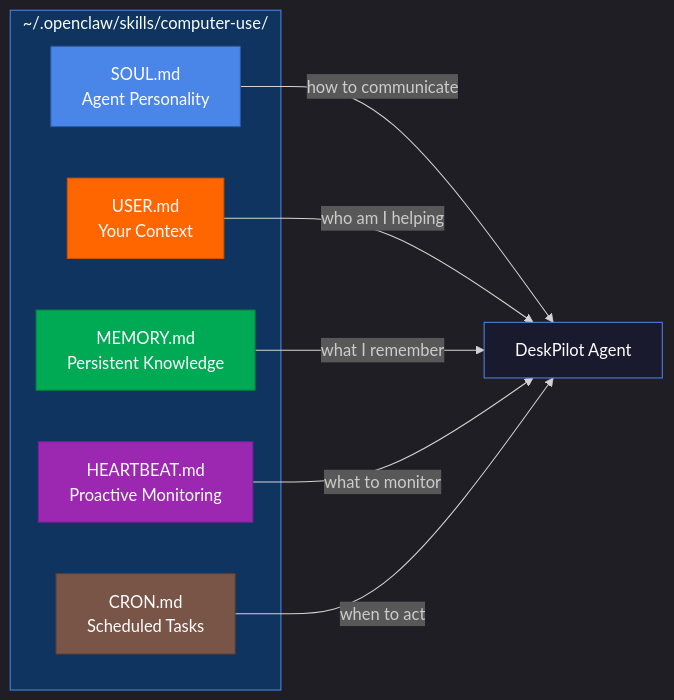
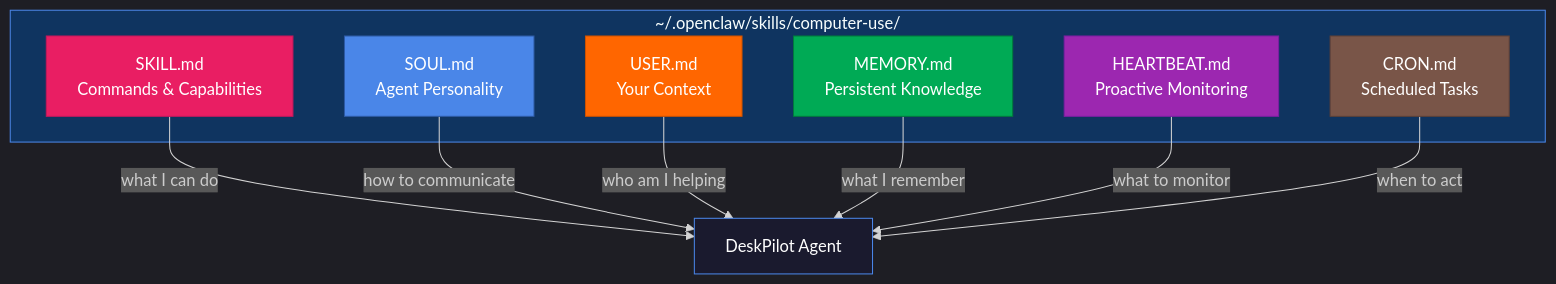
One commit to usathyan/clawbot changed the second of 3 diagrams in README.md. Above: the diagram before and after it, drawn with Mermaid. The commit also changed other lines of this file and 1 other file, not shown here.

First line of the commit message:
Add SKILL.md to agent personalization docs, fix VNC port conflict

````diff
--- a/README.md
+++ b/README.md
@@ -197,25 +197,28 @@
 ```mermaid
 %%{init: {'theme': 'dark'}}%%
-flowchart LR
+flowchart TB
     subgraph config["~/.openclaw/skills/computer-use/"]
+        skill["SKILL.md<br/>Commands & Capabilities"]
         soul["SOUL.md<br/>Agent Personality"]
         user["USER.md<br/>Your Context"]
         memory["MEMORY.md<br/>Persistent Knowledge"]
         heartbeat["HEARTBEAT.md<br/>Proactive Monitoring"]
         cron["CRON.md<br/>Scheduled Tasks"]
     end
 
-    soul --> |"how to communicate"| agent["DeskPilot Agent"]
+    skill --> |"what I can do"| agent["DeskPilot Agent"]
+    soul --> |"how to communicate"| agent
     user --> |"who am I helping"| agent
     memory --> |"what I remember"| agent
     heartbeat --> |"what to monitor"| agent
     cron --> |"when to act"| agent
 
+    style skill fill:#e91e63,stroke:#c2185b,color:#fff
     style soul fill:#4a86e8,stroke:#2d5aa3,color:#fff
     style user fill:#ff6600,stroke:#cc5200,color:#fff
     style memory fill:#00aa55,stroke:#007a3d,color:#fff
     style heartbeat fill:#9c27b0,stroke:#7b1fa2,color:#fff
     style cron fill:#795548,stroke:#5d4037,color:#fff
     style agent fill:#1a1a2e,stroke:#4a86e8,color:#fff
     style config fill:#0f3460,stroke:#4a86e8
 ```
````
